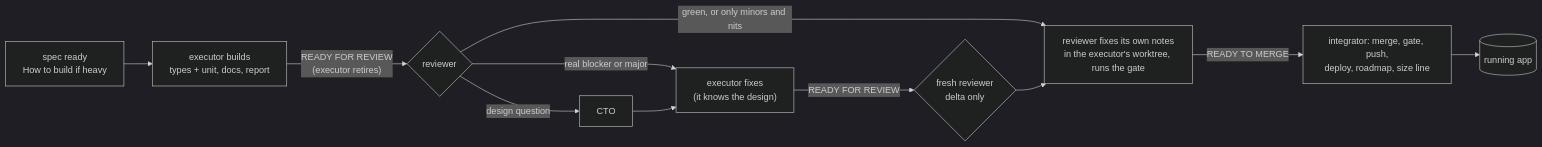
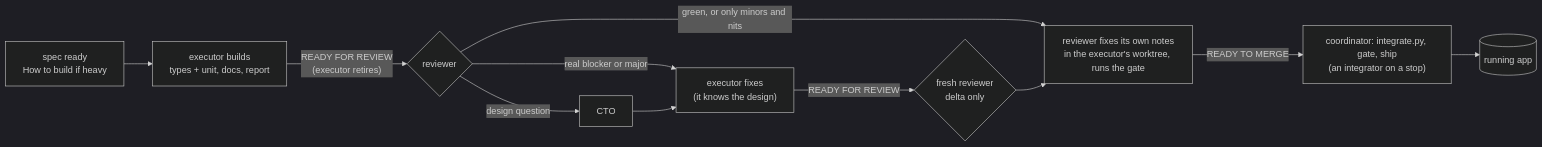
The fourth of 6 diagrams in README.md (Squikle/vibecode.md), drawn with Mermaid (dark theme) before and after one commit. The commit also changed other lines of this file and 13 other files, not shown here.

Commit message:
Coordinator merges reviewed batches itself; an integrator only on a stop. Merge-tree dry run, checkpoint always wins, gates can take hours, one helper for lookups

````diff
--- a/README.md
+++ b/README.md
@@ -77,13 +77,13 @@
 ```mermaid
 flowchart LR
   A["spec ready<br/>How to build if heavy"] --> B["executor builds<br/>types + unit, docs, report"]
   B -->|"READY FOR REVIEW<br/>(executor retires)"| R{reviewer}
   R -->|"green, or only minors and nits"| F["reviewer fixes its own notes<br/>in the executor's worktree, runs the gate"]
-  F -->|"READY TO MERGE"| I["integrator: merge, gate, push,<br/>deploy, roadmap, size line"]
+  F -->|"READY TO MERGE"| I["coordinator: integrate.py, gate, ship<br/>(an integrator on a stop)"]
   R -->|"real blocker or major"| E2["executor fixes<br/>(it knows the design)"]
   E2 -->|"READY FOR REVIEW"| R2{"fresh reviewer<br/>delta only"}
   R2 --> F
   R -->|design question| T[CTO]
   T --> E2
   I --> APP[(running app)]
 ```
````
